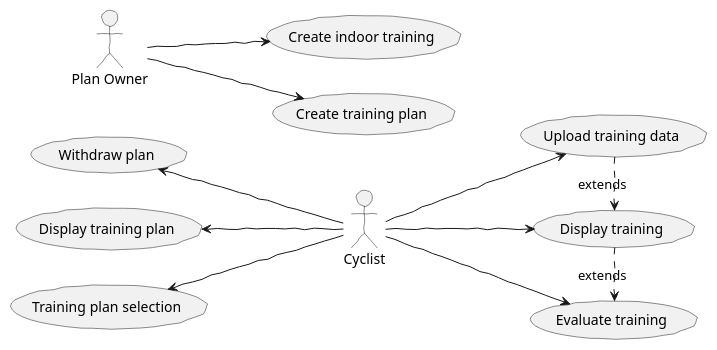
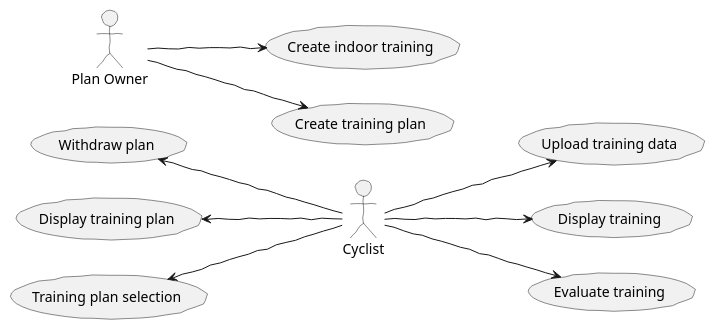
Before and after one commit to maciejmalecki/ciclismo: the diagram in doc/includes/_01_requirements.adoc, drawn with PlantUML.

Commit message:
siplify uc diagram

```diff
--- a/doc/includes/_01_requirements.adoc
+++ b/doc/includes/_01_requirements.adoc
@@ -12,26 +12,24 @@
 [plantuml, actors, png]
 ....
 skinparam handwritten true
 left to right direction
 :Cyclist:
 :Plan Owner: as Trainer
-(Training plan selection) as UC01
-(Display training plan) as UC02
-(Upload training data) as UC03
-(Display training) as UC04
-(Withdraw plan) as UC05
-(Evaluate training) as UC06
-(Create indoor training) as UC12
-(Create training plan) as UC11
+(Training plan selection) as Select
+(Display training plan) as DisplayPlan
+(Upload training data) as Upload
+(Display training) as DisplayTraining
+(Withdraw plan) as Withdraw
+(Evaluate training) as Evaluate
+(Create indoor training) as CreateIndoorTraining
+(Create training plan) as CreatePlan
 
-:Cyclist: -up-> UC01
-:Cyclist: -up-> UC02
-:Cyclist: --> UC03
-:Cyclist: -> UC04
-:Cyclist: -up-> UC05
-:Cyclist: -> UC06
-UC03 .> UC04 : extends
-UC04 .> UC06: extends
-Trainer --> UC11
-Trainer --> UC12
+:Cyclist: -up-> Select
+:Cyclist: -up-> DisplayPlan
+:Cyclist: -up-> Withdraw
+:Cyclist: --> Upload
+:Cyclist: --> DisplayTraining
+:Cyclist: --> Evaluate
+Trainer --> CreatePlan
+Trainer --> CreateIndoorTraining
 ....
```
